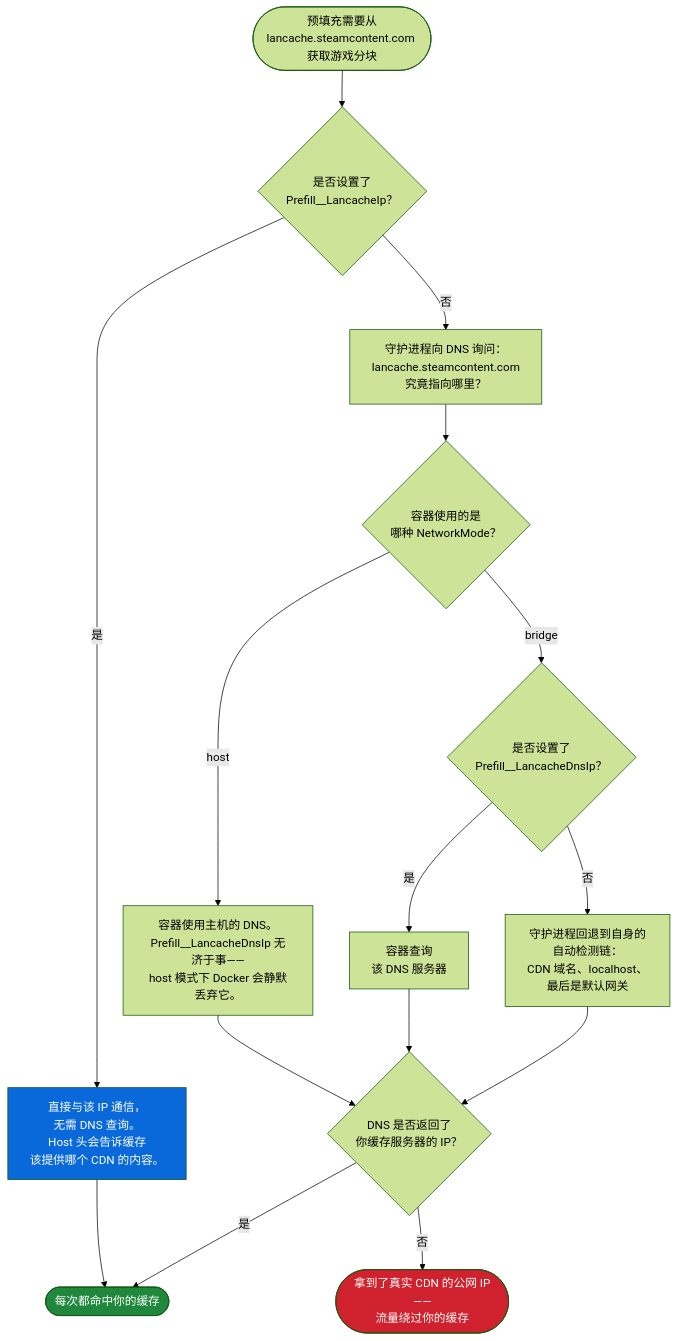
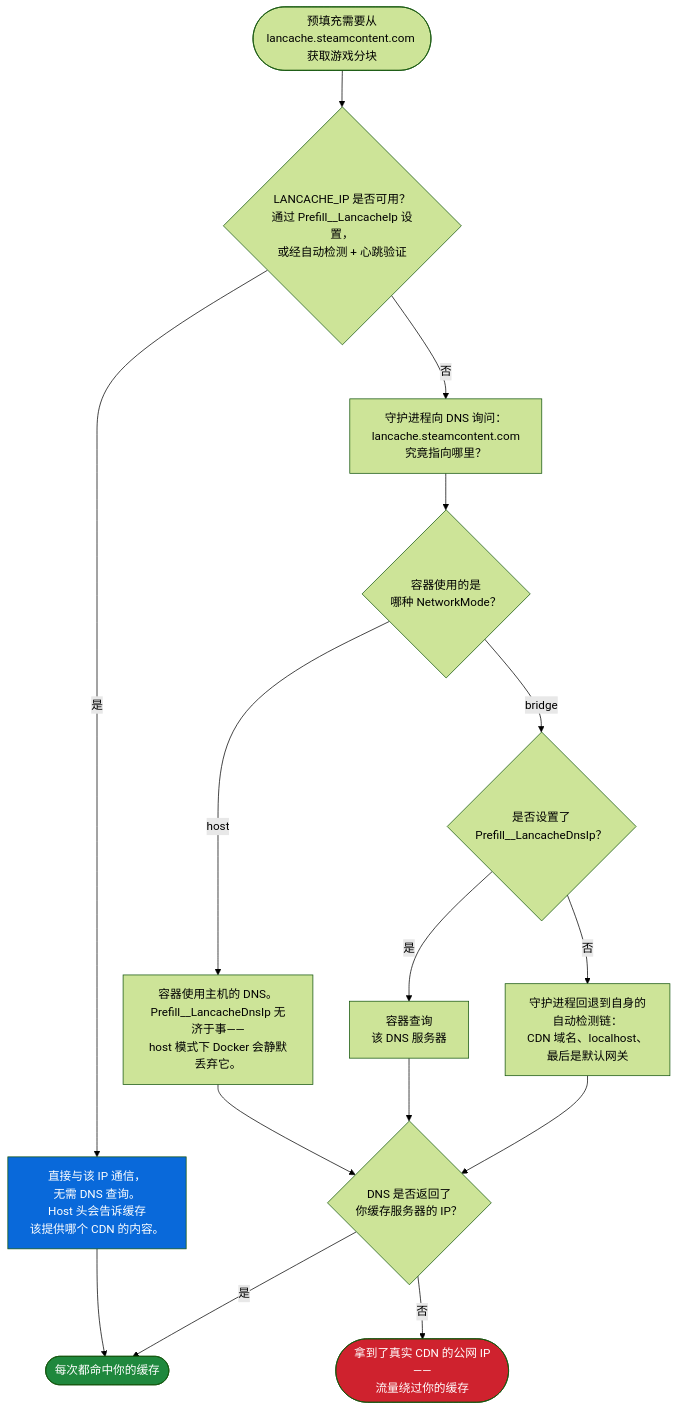
One commit to regix1/lancache-manager changed the diagram in README.zh.md. Above: the diagram before and after it, drawn with Mermaid (forest theme). The commit also changed other lines of this file and 28 other files, not shown here.

First line of the commit message:
Share the Status Check lancache detector with prefill and delete the duplicate copy

````diff
--- a/README.zh.md
+++ b/README.zh.md
@@ -608,30 +608,30 @@
 ```mermaid
 flowchart TD
     Start([预填充需要从<br/>lancache.steamcontent.com 获取游戏分块])
-    LIP{是否设置了<br/>Prefill__LancacheIp？}
+    LIP{LANCACHE_IP 是否可用？<br/>通过 Prefill__LancacheIp 设置，<br/>或经自动检测 + 心跳验证}
 
     Start --> LIP
 
     LIP -->|是| Direct[直接与该 IP 通信，<br/>无需 DNS 查询。<br/>Host 头会告诉缓存<br/>该提供哪个 CDN 的内容。]
     Direct --> OK([每次都命中你的缓存])
 
     LIP -->|否| DNS[守护进程向 DNS 询问：<br/>lancache.steamcontent.com<br/>究竟指向哪里？]
     DNS --> Mode{容器使用的是<br/>哪种 NetworkMode？}
 
     Mode -->|host| HostDNS[容器使用主机的 DNS。<br/>Prefill__LancacheDnsIp 无济于事——<br/>host 模式下 Docker 会静默丢弃它。]
     Mode -->|bridge| BridgeDNS{是否设置了<br/>Prefill__LancacheDnsIp？}
 
     BridgeDNS -->|是| ForcedDNS[容器查询<br/>该 DNS 服务器]
     BridgeDNS -->|否| AutoDetect[守护进程回退到自身的<br/>自动检测链：<br/>CDN 域名、localhost、<br/>最后是默认网关]
 
     HostDNS --> Outcome{DNS 是否返回了<br/>你缓存服务器的 IP？}
     ForcedDNS --> Outcome
     AutoDetect --> Outcome
 
     Outcome -->|是| OK
     Outcome -->|否| Public([拿到了真实 CDN 的公网 IP——<br/>流量绕过你的缓存])
 
     style OK fill:#1f883d,color:#fff
     style Public fill:#cf222e,color:#fff
     style Direct fill:#0969da,color:#fff
 ```
````
